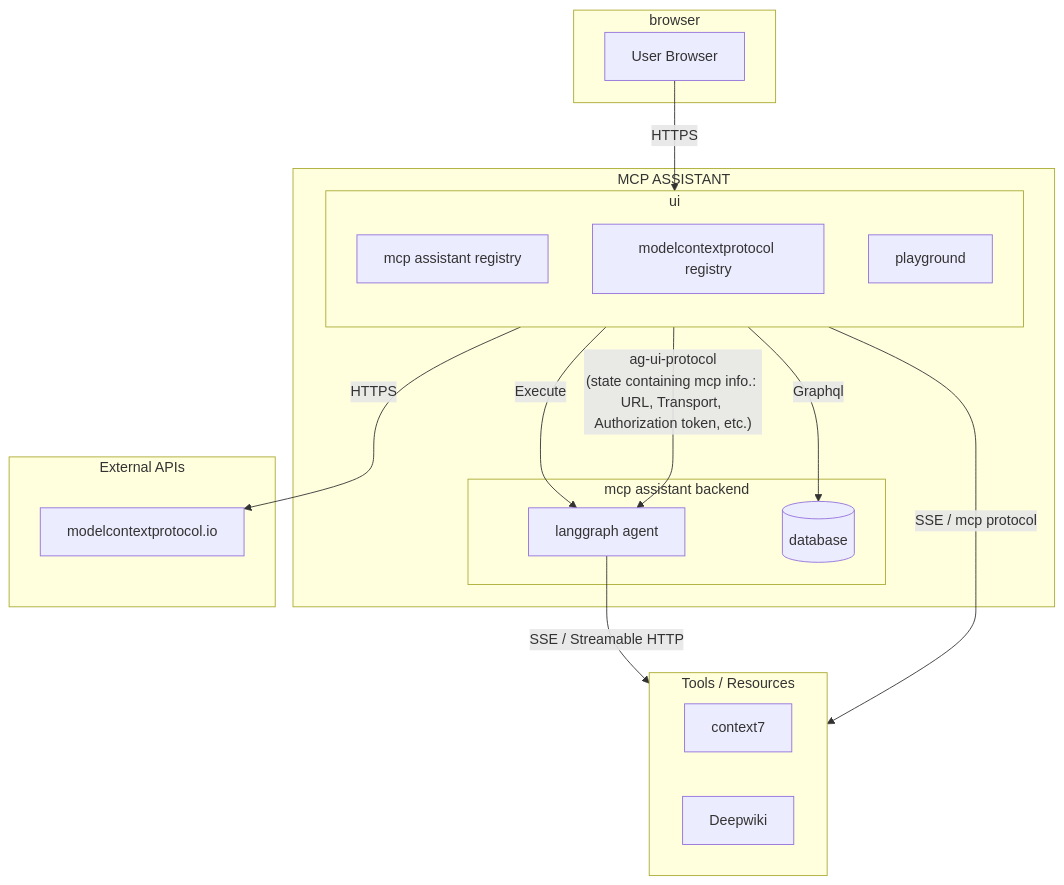
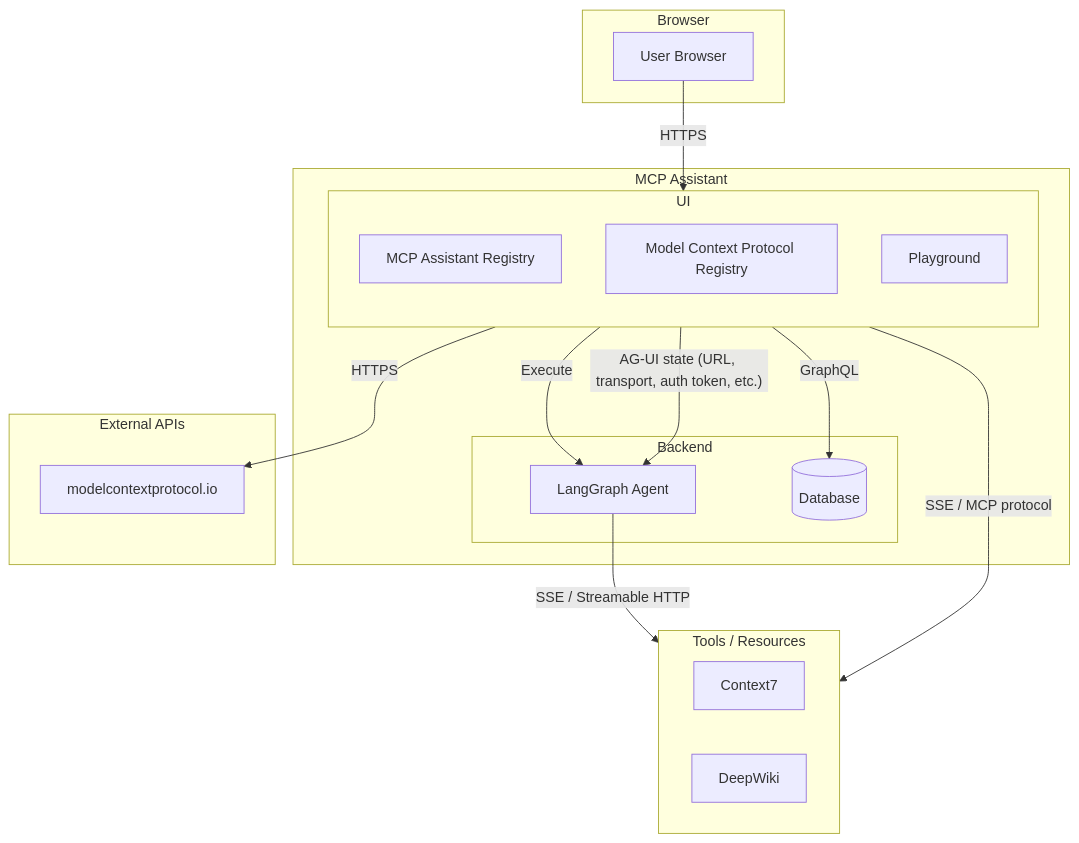
The diagram in README.md (ashen-dusk/mcp-assistant), drawn with Mermaid before and after one commit. The commit also changed other lines of this file and 3 other files, not shown here.

````diff
--- a/README.md
+++ b/README.md
@@ -47,42 +38,37 @@
 ```mermaid
 flowchart TD
-    subgraph Browser["browser"]
+    subgraph Browser["Browser"]
         B[User Browser]
     end
 
-    subgraph MCPA["MCP ASSISTANT"]
-        subgraph UI["ui"]
+    subgraph MCPA["MCP Assistant"]
+        subgraph UI["UI"]
             direction TB
-            MAR["mcp assistant registry"]
-            MPR["modelcontextprotocol registry"]
-            PG["playground"]
+            MAR["MCP Assistant Registry"]
+            MPR["Model Context Protocol Registry"]
+            PG["Playground"]
         end
 
-        subgraph Backend["mcp assistant backend"]
-            LA["langgraph agent"]
-            DB[("database")]
+        subgraph Backend["Backend"]
+            LA["LangGraph Agent"]
+            DB[("Database")]
         end
     end
 
     subgraph External["External APIs"]
         MCP_IO["modelcontextprotocol.io"]
     end
 
     subgraph ToolsResources["Tools / Resources"]
-        C7["context7"]
-        DW["Deepwiki"]
+        C7["Context7"]
+        DW["DeepWiki"]
     end
 
     B -- "HTTPS" --> UI
-    
-    %% Registry/Playground connections
-    MAR -- "Graphql" --> DB
+    MAR -- "GraphQL" --> DB
     PG -- "Execute" --> LA
     MPR -- "HTTPS" --> MCP_IO
-    
-    PG -- "ag-ui-protocol\n(state containing mcp info.: URL, Transport, Authorization token, etc.)" --> LA
-    
-    %% Re-routed connection: from UI instead of PG
-    UI -- "SSE / mcp protocol" --> ToolsResources
+    PG -- "AG-UI state (URL, transport, auth token, etc.)" --> LA
+    UI -- "SSE / MCP protocol" --> ToolsResources
     LA -- "SSE / Streamable HTTP" --> ToolsResources
 ```
````
